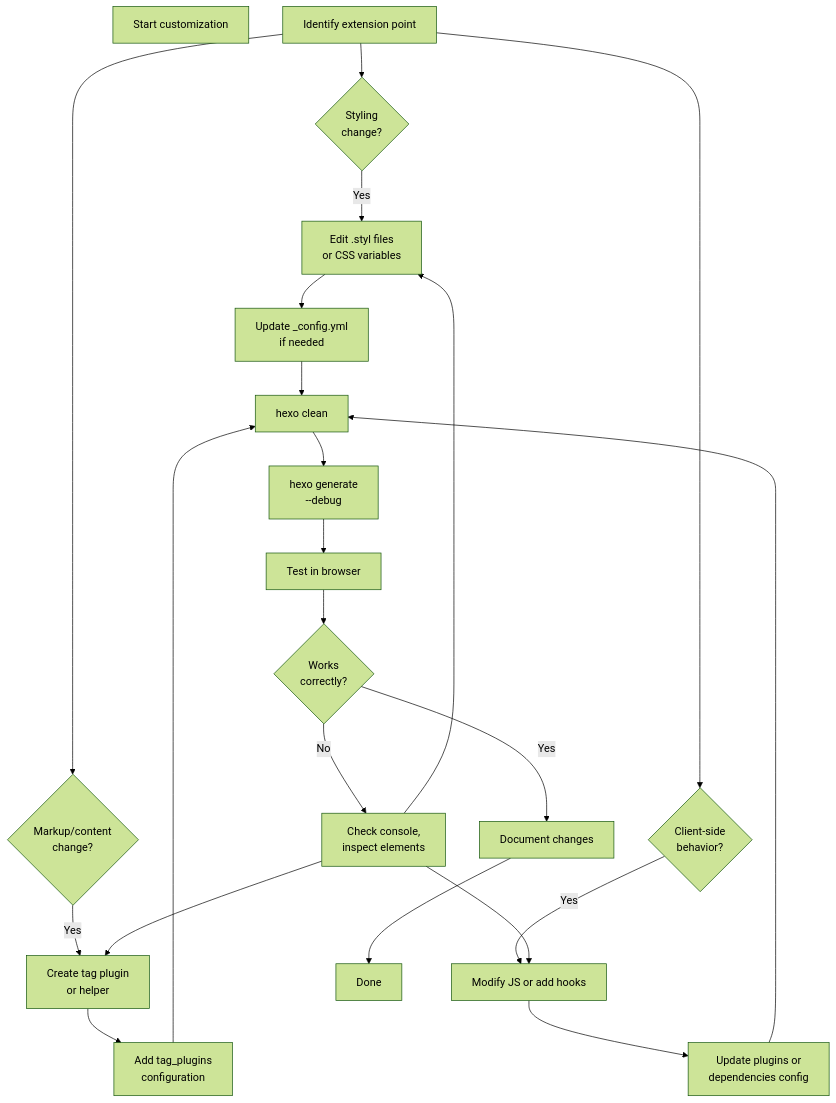
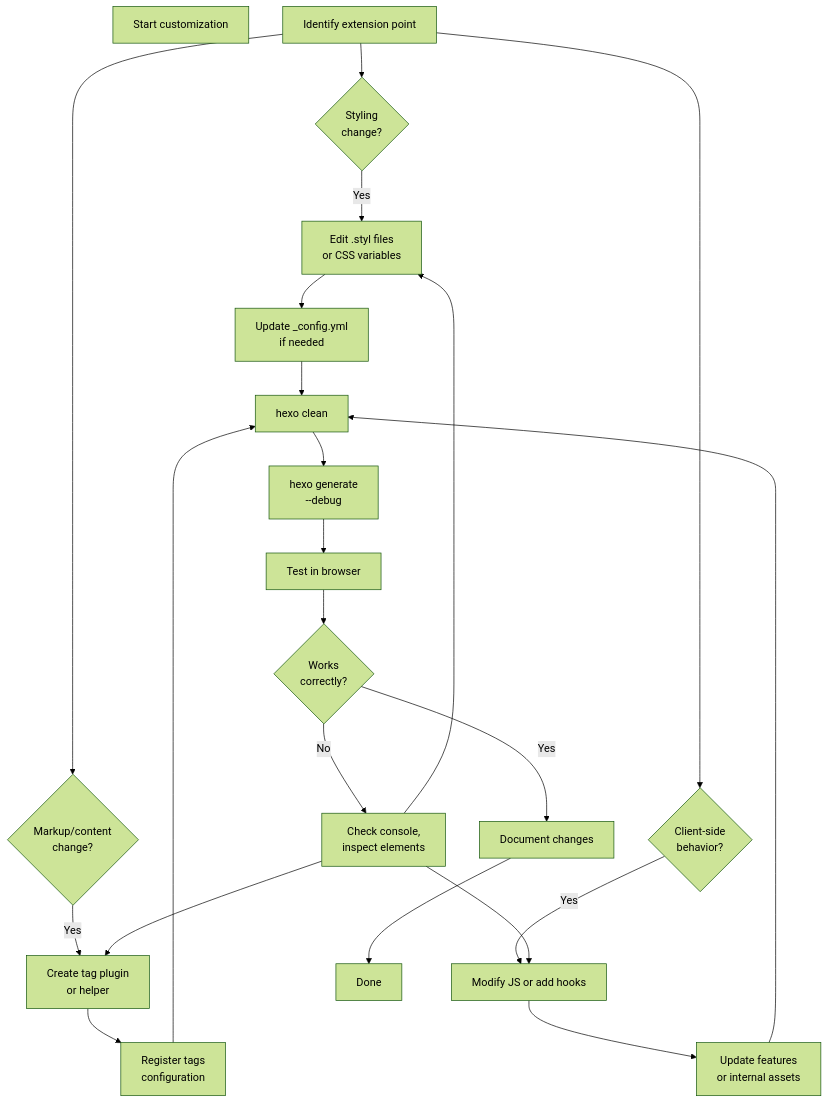
One commit to xaoxuu/hexo-theme-stellar changed the third of 3 diagrams in docs/knowledge/09-高级主题/advanced-overview.md. Above: the diagram before and after it, drawn with Mermaid (forest theme). The commit also changed other lines of this file and 861 other files, not shown here.

````diff
--- a/docs/knowledge/09-高级主题/advanced-overview.md
+++ b/docs/knowledge/09-高级主题/advanced-overview.md
@@ -208,33 +208,33 @@
 ```mermaid
 flowchart TD
     Start["Start customization"]
     Identify["Identify extension point"]
     
     Identify --> Styling{"Styling<br/>change?"}
     Identify --> Markup{"Markup/content<br/>change?"}
     Identify --> Behavior{"Client-side<br/>behavior?"}
     
     Styling -->|Yes| EditStylus["Edit .styl files<br/>or CSS variables"]
     Markup -->|Yes| CreateTag["Create tag plugin<br/>or helper"]
     Behavior -->|Yes| EditJS["Modify JS or add hooks"]
     
     EditStylus --> Config1["Update _config.yml<br/>if needed"]
-    CreateTag --> Config2["Add tag_plugins<br/>configuration"]
-    EditJS --> Config3["Update plugins or<br/>dependencies config"]
+    CreateTag --> Config2["Register tags<br/>configuration"]
+    EditJS --> Config3["Update features<br/>or internal assets"]
     
     Config1 --> Clean["hexo clean"]
     Config2 --> Clean
     Config3 --> Clean
     
     Clean --> Generate["hexo generate<br/>--debug"]
     Generate --> Test["Test in browser"]
     
     Test --> Works{"Works<br/>correctly?"}
     Works -->|No| Debug["Check console,<br/>inspect elements"]
     Debug --> EditStylus
     Debug --> CreateTag
     Debug --> EditJS
     
     Works -->|Yes| Document["Document changes"]
     Document --> End["Done"]
 ```
````
